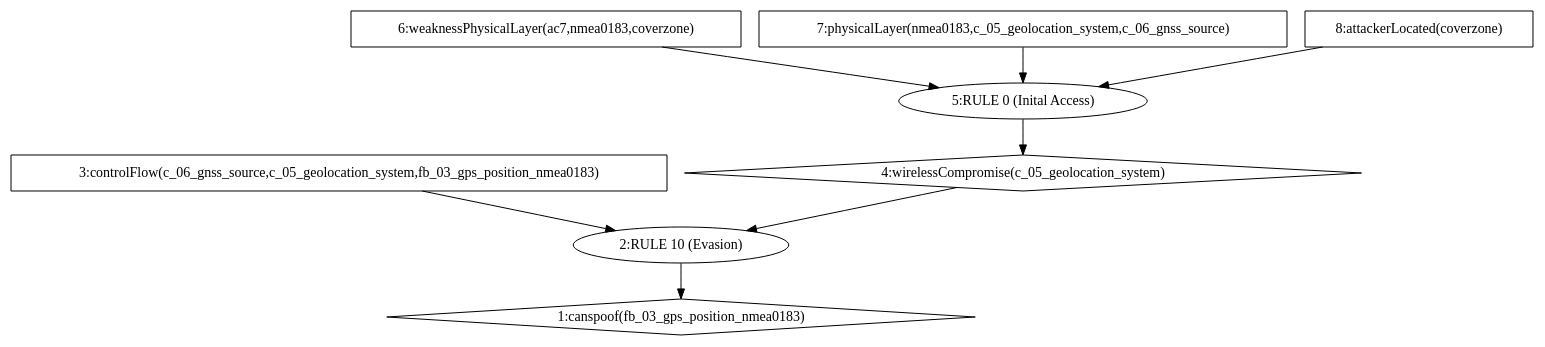
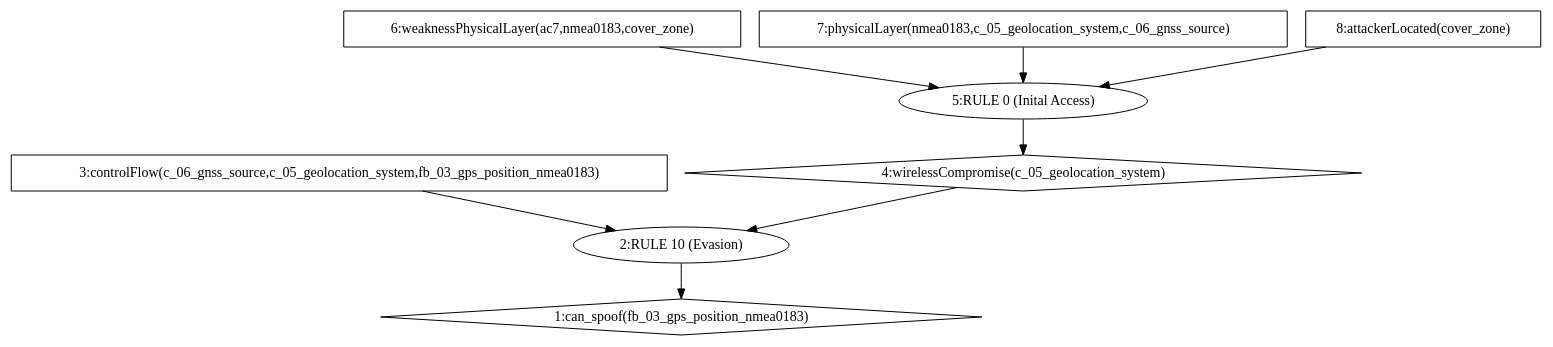
The diagram in STPA_automation/MulVal/ex1/AttackGraph.dot (NS-unina/Leonardo-Workshop), drawn with Graphviz before and after one commit. The commit also changed 16 other files, not shown here.

```diff
--- a/STPA_automation/MulVal/ex1/AttackGraph.dot
+++ b/STPA_automation/MulVal/ex1/AttackGraph.dot
@@ -1,17 +1,17 @@
 digraph G {
-	1 [label="1:canspoof(fb_03_gps_position_nmea0183)",shape=diamond];
+	1 [label="1:can_spoof(fb_03_gps_position_nmea0183)",shape=diamond];
 	2 [label="2:RULE 10 (Evasion)",shape=ellipse];
 	3 [label="3:controlFlow(c_06_gnss_source,c_05_geolocation_system,fb_03_gps_position_nmea0183)",shape=box];
 	4 [label="4:wirelessCompromise(c_05_geolocation_system)",shape=diamond];
 	5 [label="5:RULE 0 (Inital Access)",shape=ellipse];
-	6 [label="6:weaknessPhysicalLayer(ac7,nmea0183,coverzone)",shape=box];
+	6 [label="6:weaknessPhysicalLayer(ac7,nmea0183,cover_zone)",shape=box];
 	7 [label="7:physicalLayer(nmea0183,c_05_geolocation_system,c_06_gnss_source)",shape=box];
-	8 [label="8:attackerLocated(coverzone)",shape=box];
+	8 [label="8:attackerLocated(cover_zone)",shape=box];
 	3 -> 	2;
 	6 -> 	5;
 	7 -> 	5;
 	8 -> 	5;
 	5 -> 	4;
 	4 -> 	2;
 	2 -> 	1;
 }
```
